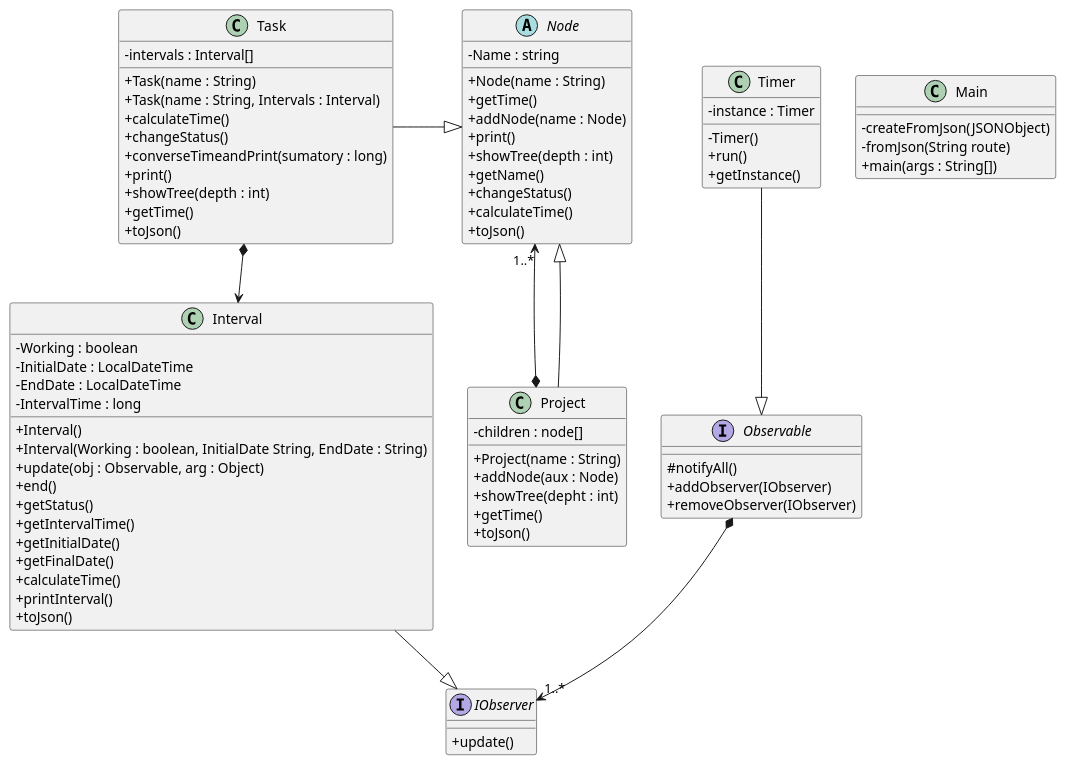
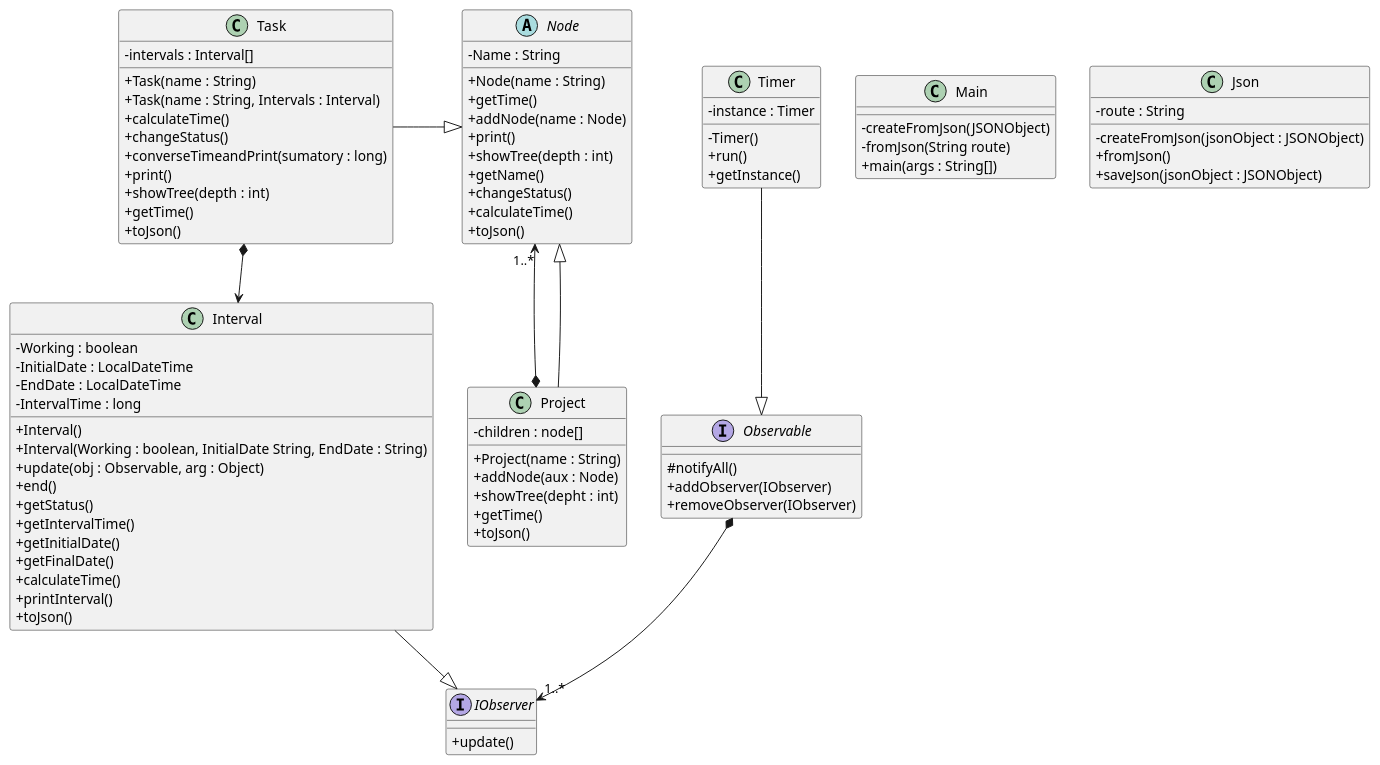
The diagram in model.puml (lluisalonsop/PracticaDS-2021-2022), drawn with PlantUML before and after one commit.

Commit message:
final version

```diff
--- a/model.puml
+++ b/model.puml
@@ -1,85 +1,92 @@
 @startuml
 
 skinparam classAttributeIconSize 0
 
 class Main {
     - createFromJson(JSONObject)
     - fromJson(String route)
     + main(args : String[])
 }
 
+class Json {
+    - route : String
+    - createFromJson(jsonObject : JSONObject)
+    + fromJson()
+    + saveJson(jsonObject : JSONObject)
+}
+
 Abstract Node{
-    - Name : string
+    - Name : String
     + Node(name : String)
     + getTime()
     + addNode(name : Node)
     + print()
     + showTree(depth : int)
     + getName()
     + changeStatus()
     + calculateTime()
     + toJson()
 }
 
 class Project {
     - children : node[]
     + Project(name : String)
     + addNode(aux : Node)
     + showTree(depht : int)
     + getTime()
     + toJson()
 }
 
 class Task {
     - intervals : Interval[]
     + Task(name : String) 
     + Task(name : String, Intervals : Interval)
     + calculateTime()
     + changeStatus()
     + converseTimeandPrint(sumatory : long)
     + print()
     + showTree(depth : int)
     + getTime()
     + toJson()
 }
 class Interval{
     - Working : boolean
     - InitialDate : LocalDateTime
     - EndDate : LocalDateTime
     - IntervalTime : long
     + Interval()
     + Interval(Working : boolean, InitialDate String, EndDate : String)
     + update(obj : Observable, arg : Object)
     + end()
     + getStatus()
     + getIntervalTime()
     + getInitialDate()
     + getFinalDate()
     + calculateTime()
     + printInterval()
     + toJson()
 }
 
 Interface Observable{
     #notifyAll()
     +addObserver(IObserver)
     +removeObserver(IObserver)
 }
 class Timer{
     - instance : Timer
     - Timer()
     + run()
     + getInstance()
 }
 Interface (IObserver){
     +update()
 }
 Task *--> Interval
 Project *-up-> "1..*" Node
 
 Task -right-|> Node
 Project -up-|> Node
 Timer --|> Observable
 Interval --|> IObserver
 Observable *--> "1..*" IObserver
 @enduml
```
